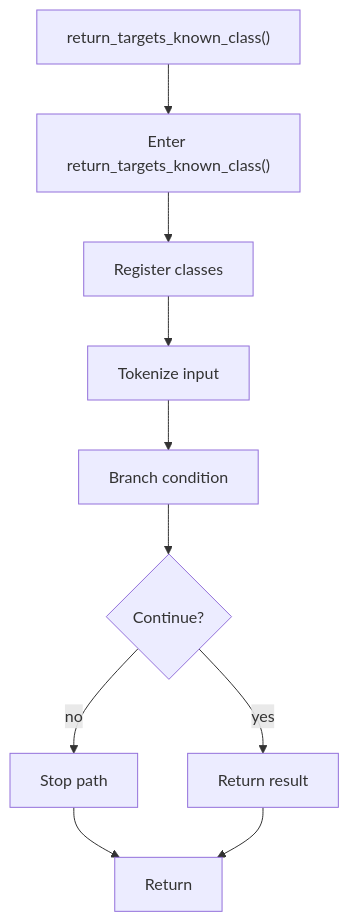
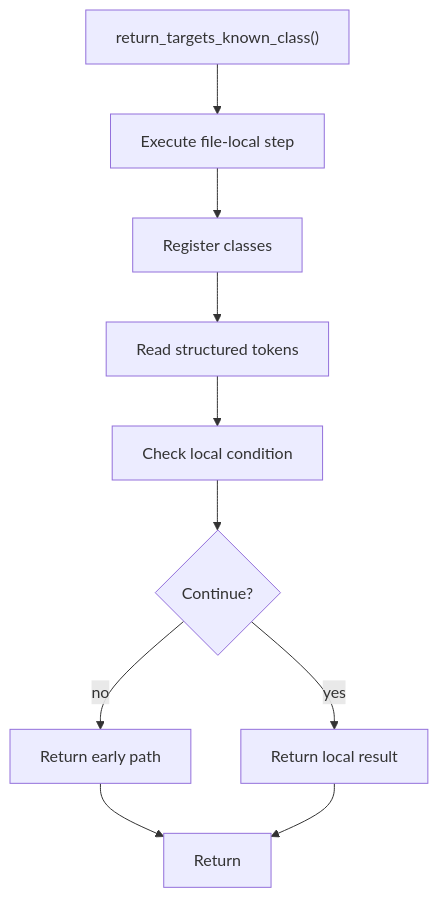
One commit to JohnAndrewBalbarosa/NeoTerritory changed the diagram in docs/Codebase/Microservice/Modules/Source/Analysis/ImplementationUse/Resolution/Symbols/Query/Flow/functions/return_targets_known_class.cpp.md. Above: the diagram before and after it, drawn with Mermaid. The commit also changed other lines of this file and 925 other files, not shown here.

````diff
--- a/docs/Codebase/Microservice/Modules/Source/Analysis/ImplementationUse/Resolution/Symbols/Query/Flow/functions/return_targets_known_class.cpp.md
+++ b/docs/Codebase/Microservice/Modules/Source/Analysis/ImplementationUse/Resolution/Symbols/Query/Flow/functions/return_targets_known_class.cpp.md
@@ -19,21 +19,21 @@
 ```mermaid
 flowchart TD
     Start["return_targets_known_class()"]
-    N0["Enter return_targets_known_class()"]
+    N0["Execute file-local step"]
     N1["Register classes"]
-    N2["Tokenize input"]
-    N3["Branch condition"]
+    N2["Read structured tokens"]
+    N3["Check local condition"]
     D3{"Continue?"}
-    R3["Stop path"]
-    N4["Return result"]
+    R3["Return early path"]
+    N4["Return local result"]
     End["Return"]
     Start --> N0
     N0 --> N1
     N1 --> N2
     N2 --> N3
     N3 --> D3
     D3 -->|yes| N4
     D3 -->|no| R3
     R3 --> End
     N4 --> End
 ```
````
